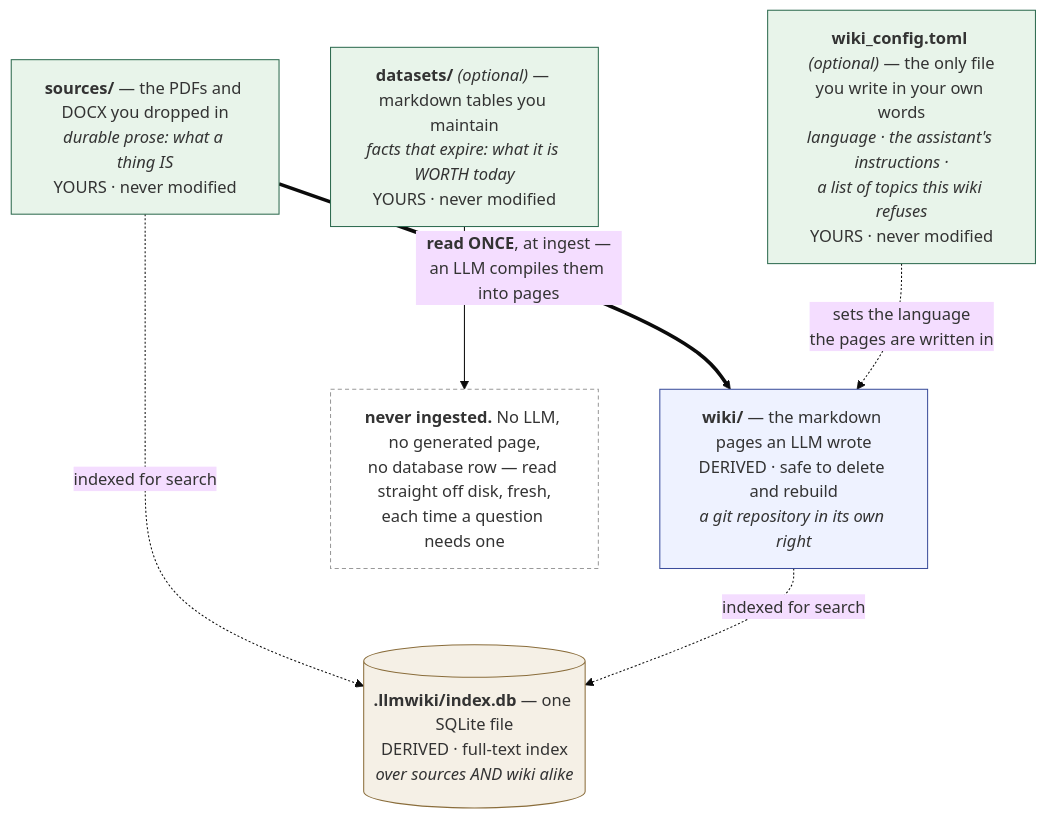
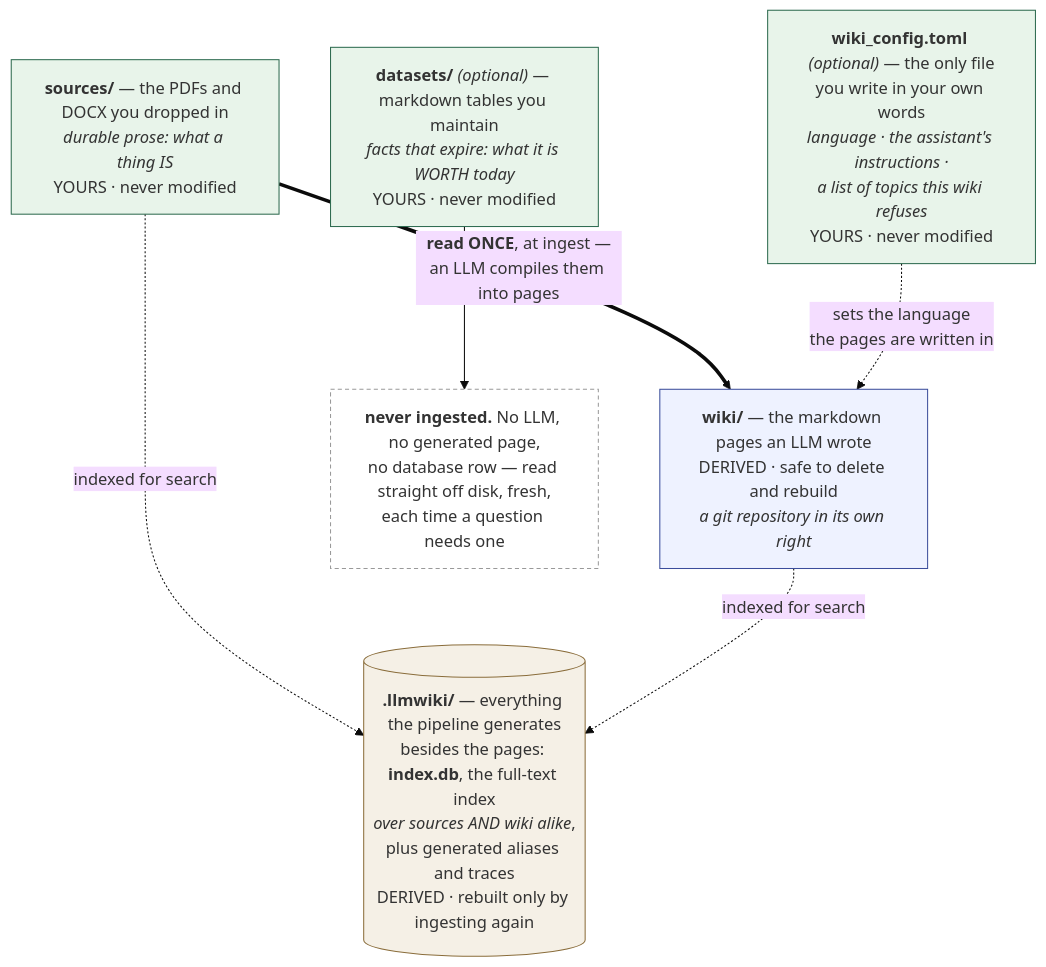
The first of 5 diagrams in docs/ingestion_walkthrough.md (Clod/llmwiki-marimo), drawn with Mermaid (base theme) before and after one commit. The commit also changed other lines of this file and 5 other files, not shown here.

````diff
--- a/docs/ingestion_walkthrough.md
+++ b/docs/ingestion_walkthrough.md
@@ -98,22 +98,22 @@
 ```mermaid
 flowchart TD
     SRC["<b>sources/</b> — the PDFs and DOCX you dropped in<br/><i>durable prose: what a thing IS</i><br/>YOURS · never modified"]
     DS["<b>datasets/</b> <i>(optional)</i> — markdown tables you maintain<br/><i>facts that expire: what it is WORTH today</i><br/>YOURS · never modified"]
     CFG["<b>wiki_config.toml</b> <i>(optional)</i> — the only file<br/>you write in your own words<br/><i>language · the assistant's instructions ·<br/>a list of topics this wiki refuses</i><br/>YOURS · never modified"]
     WIKI["<b>wiki/</b> — the markdown pages an LLM wrote<br/>DERIVED · safe to delete and rebuild<br/><i>a git repository in its own right</i>"]
-    DB[("<b>.llmwiki/index.db</b> — one SQLite file<br/>DERIVED · full-text index<br/><i>over sources AND wiki alike</i>")]
+    DB[("<b>.llmwiki/</b> — everything the pipeline generates<br/>besides the pages: <b>index.db</b>, the full-text index<br/><i>over sources AND wiki alike</i>,<br/>plus generated aliases and traces<br/>DERIVED · rebuilt only by ingesting again")]
     NOTE["<b>never ingested.</b> No LLM, no generated page,<br/>no database row — read straight off disk, fresh,<br/>each time a question needs one"]
 
     SRC ==>|"<b>read ONCE</b>, at ingest —<br/>an LLM compiles them into pages"| WIKI
     SRC -.->|indexed for search| DB
     WIKI -.->|indexed for search| DB
     DS --> NOTE
     CFG -.->|"sets the language<br/>the pages are written in"| WIKI
 
     style SRC fill:#e8f4ea,stroke:#2d6a4f
     style DS fill:#e8f4ea,stroke:#2d6a4f
     style CFG fill:#e8f4ea,stroke:#2d6a4f
     style WIKI fill:#eef2ff,stroke:#3b4d9b
     style DB fill:#f5f0e6,stroke:#8a6d3b
     style NOTE fill:#fff,stroke:#999,stroke-dasharray: 4 3
 ```
````
